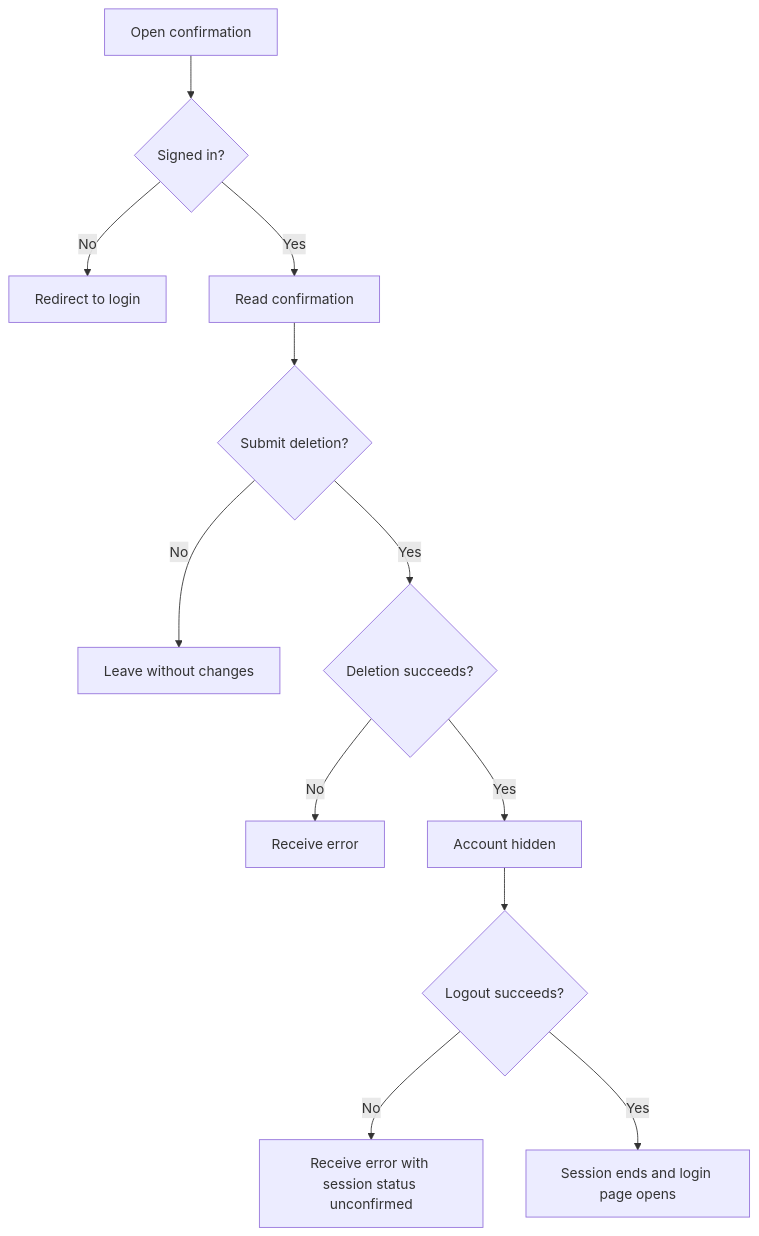
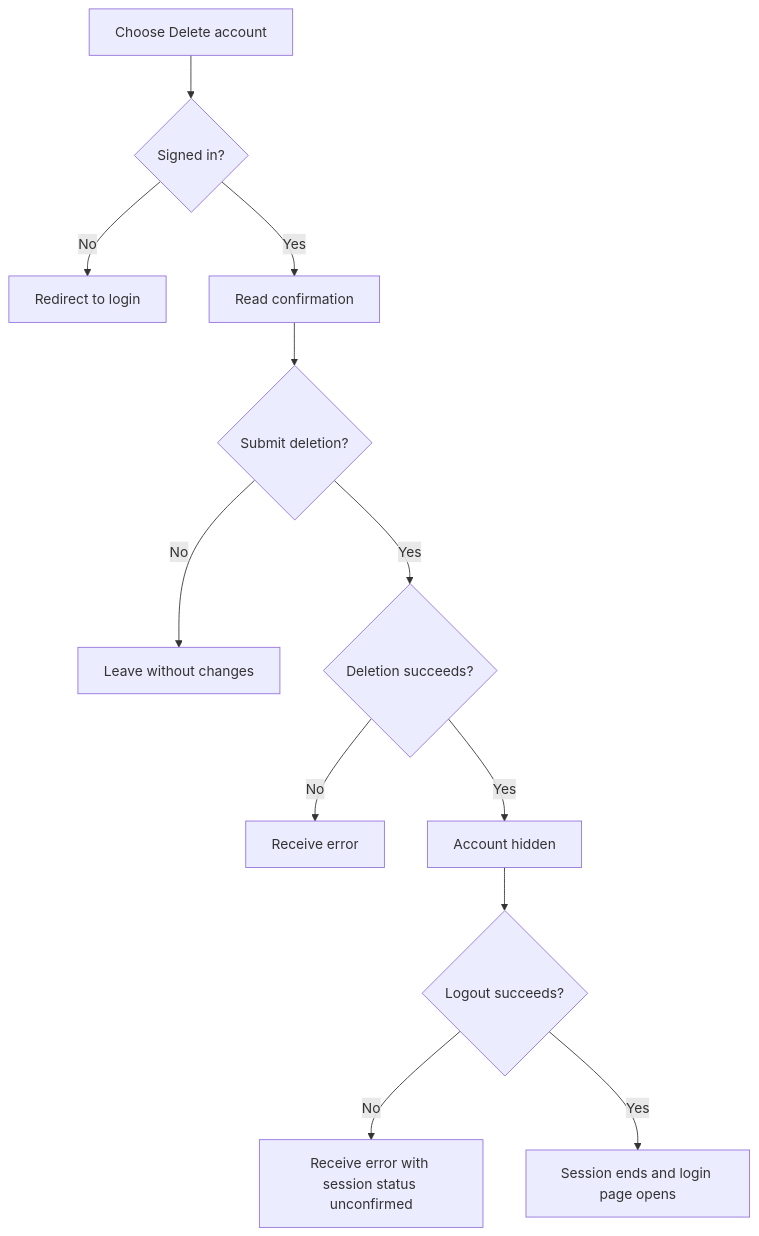
The first of 2 diagrams in user-stories/example-apps/us-demo-08-inertia-delete.md (Kevinjohn/oss-adonisjs-lucid-soft-delete), drawn with Mermaid before and after one commit. The commit also changed other lines of this file and 18 other files, not shown here.

````diff
--- a/user-stories/example-apps/us-demo-08-inertia-delete.md
+++ b/user-stories/example-apps/us-demo-08-inertia-delete.md
@@ -19,12 +19,12 @@
 ```mermaid
 flowchart TD
-    A["Open confirmation"] --> B{"Signed in?"}
+    A["Choose Delete account"] --> B{"Signed in?"}
     B -->|No| C["Redirect to login"]
     B -->|Yes| D["Read confirmation"] --> E{"Submit deletion?"}
     E -->|No| F["Leave without changes"]
     E -->|Yes| G{"Deletion succeeds?"}
     G -->|No| H["Receive error"]
     G -->|Yes| I["Account hidden"] --> J{"Logout succeeds?"}
     J -->|No| K["Receive error with session status unconfirmed"]
     J -->|Yes| L["Session ends and login page opens"]
 ```
````
